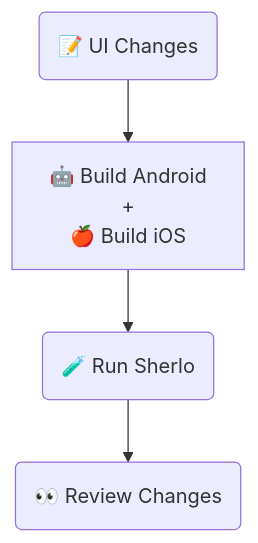
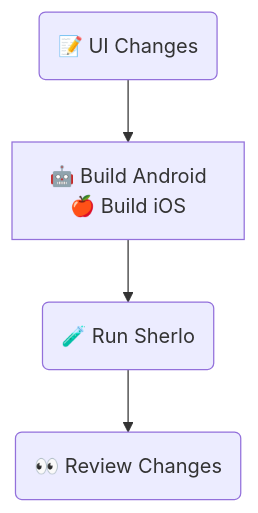
One commit to sherlo-io/sherlo changed the seventh of 8 diagrams in examples/standard/README.md. Above: the diagram before and after it, drawn with Mermaid.

Commit message:
no message

````diff
--- a/examples/standard/README.md
+++ b/examples/standard/README.md
@@ -121,13 +121,12 @@
 ```mermaid
 flowchart TB
    UI(📝 UI Changes)
    Builds["`🤖 Build Android
-   +
    🍎 Build iOS`"]
    Sherlo(🧪 Run Sherlo)
    Review(👀 Review Changes)
 
    UI --> Builds
    Builds --> Sherlo
    Sherlo --> Review
 ```
````
